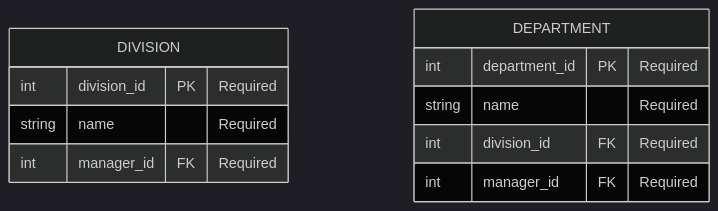
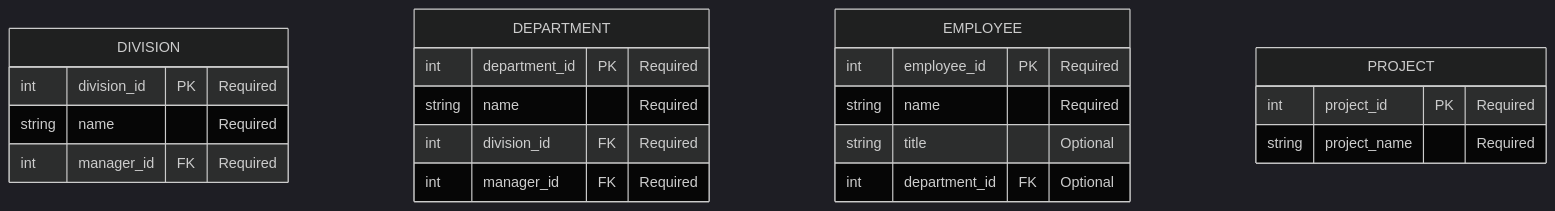
One commit to mszeihen/DatabaseProject-5725 changed the diagram in ERD_mid_diagram.qmd. Above: the diagram before and after it, drawn with Mermaid (dark theme).

````diff
--- a/ERD_mid_diagram.qmd
+++ b/ERD_mid_diagram.qmd
@@ -14,15 +14,25 @@
 ```{mermaid}
 erDiagram
     DIVISION {
         int division_id PK "Required"
         string name "Required"
         int manager_id FK "Required"
     }
     DEPARTMENT {
         int department_id PK "Required"
         string name "Required"
         int division_id FK "Required"
         int manager_id FK "Required"
     }
+    EMPLOYEE {
+        int employee_id PK "Required"
+        string name "Required"
+        string title "Optional"
+        int department_id FK "Optional"
+    }
+    PROJECT {
+        int project_id PK "Required"
+        string project_name "Required"
+    }
 
 ```
````
